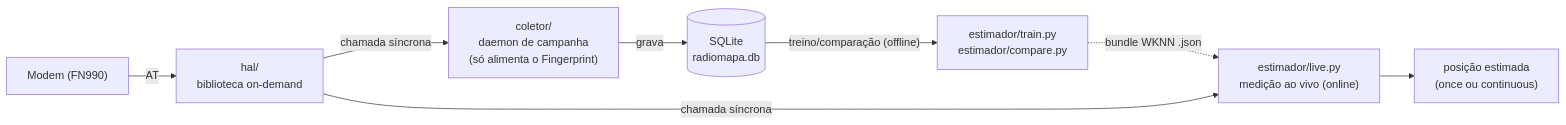
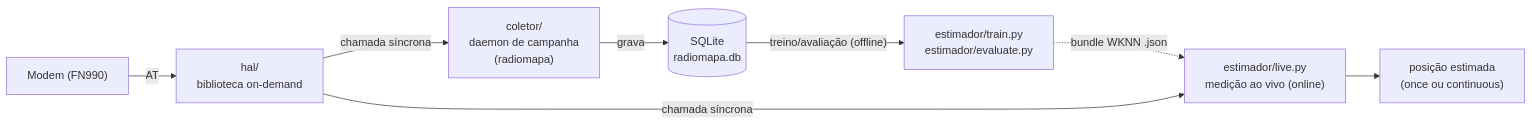
One commit to tedalmora/geoloc_estimator changed the diagram in README.md. Above: the diagram before and after it, drawn with Mermaid. The commit also changed other lines of this file and 16 other files, not shown here.

````diff
--- a/README.md
+++ b/README.md
@@ -37,10 +38,10 @@
 ```mermaid
 flowchart LR
     MODEM["Modem (FN990)"] -- "AT" --> HAL["hal/\nbiblioteca on-demand"]
-    HAL -- "chamada síncrona" --> COL["coletor/\ndaemon de campanha\n(só alimenta o Fingerprint)"]
+    HAL -- "chamada síncrona" --> COL["coletor/\ndaemon de campanha\n(radiomapa)"]
     COL -- "grava" --> DB[("SQLite\nradiomapa.db")]
-    DB -- "treino/comparação (offline)" --> TREINO["estimador/train.py\nestimador/compare.py"]
+    DB -- "treino/avaliação (offline)" --> TREINO["estimador/train.py\nestimador/evaluate.py"]
     TREINO -. "bundle WKNN .json" .-> LIVE
     HAL -- "chamada síncrona" --> LIVE["estimador/live.py\nmedição ao vivo (online)"]
     LIVE --> POS["posição estimada\n(once ou continuous)"]
 ```
````
